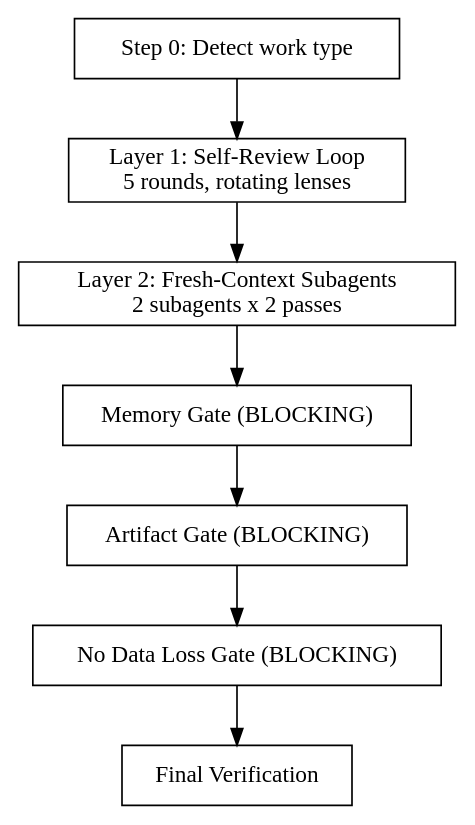
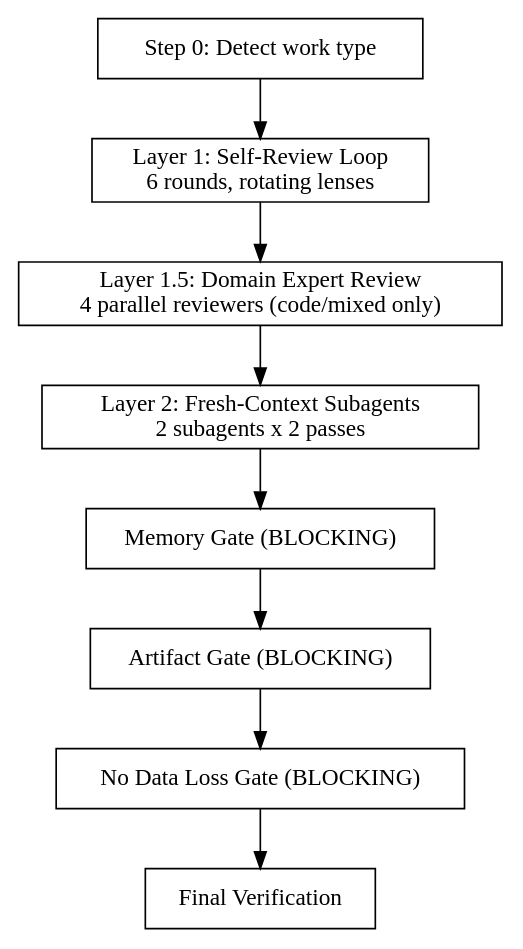
The diagram in code-quality/skills/quality-gate/SKILL.md (wgordon17/personal-claude-marketplace), drawn with Graphviz before and after one commit. The commit also changed other lines of this file and 26 other files, not shown here.

````diff
--- a/code-quality/skills/quality-gate/SKILL.md
+++ b/code-quality/skills/quality-gate/SKILL.md
@@ -32,14 +33,15 @@
 ```dot
 digraph quality_gate {
   rankdir=TB;
   node [shape=box];
   detect [label="Step 0: Detect work type"];
-  layer1 [label="Layer 1: Self-Review Loop\n5 rounds, rotating lenses"];
+  layer1 [label="Layer 1: Self-Review Loop\n6 rounds, rotating lenses"];
+  layer1_5 [label="Layer 1.5: Domain Expert Review\n4 parallel reviewers (code/mixed only)"];
   layer2 [label="Layer 2: Fresh-Context Subagents\n2 subagents x 2 passes"];
   memory [label="Memory Gate (BLOCKING)"];
   artifact [label="Artifact Gate (BLOCKING)"];
   nodataloss [label="No Data Loss Gate (BLOCKING)"];
   final [label="Final Verification"];
-  detect -> layer1 -> layer2 -> memory -> artifact -> nodataloss -> final;
+  detect -> layer1 -> layer1_5 -> layer2 -> memory -> artifact -> nodataloss -> final;
 }
 ```
````
